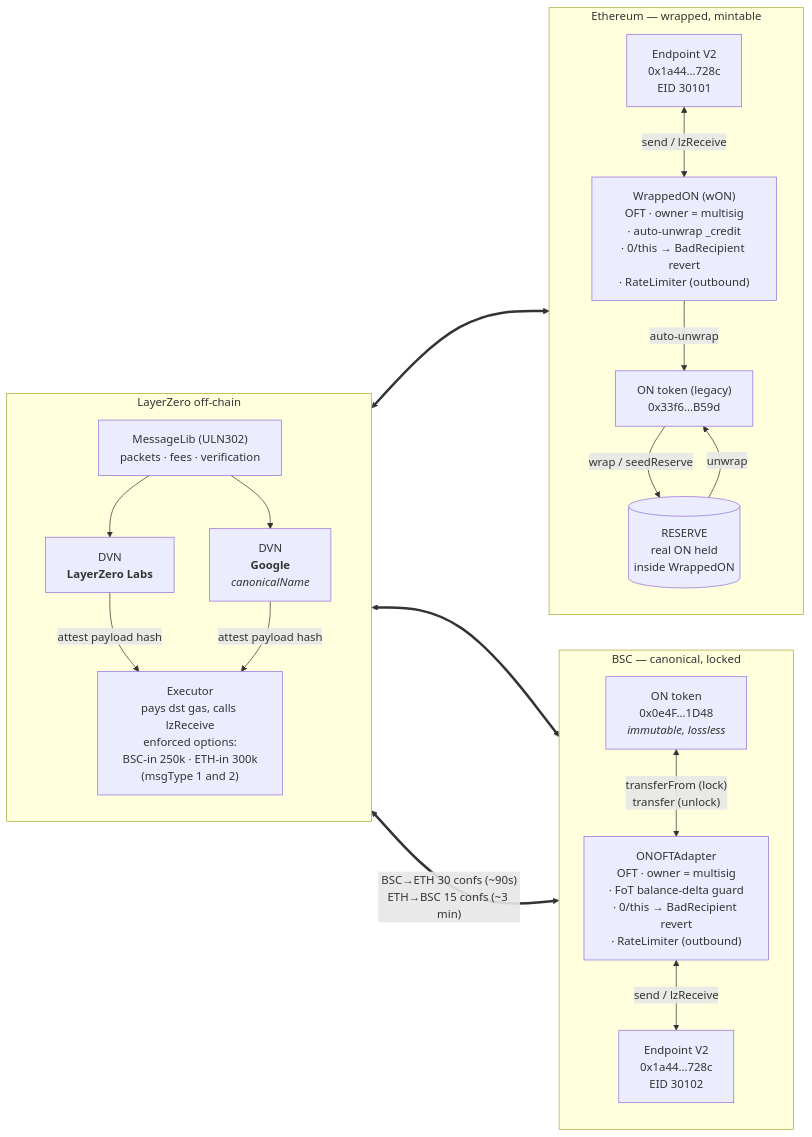
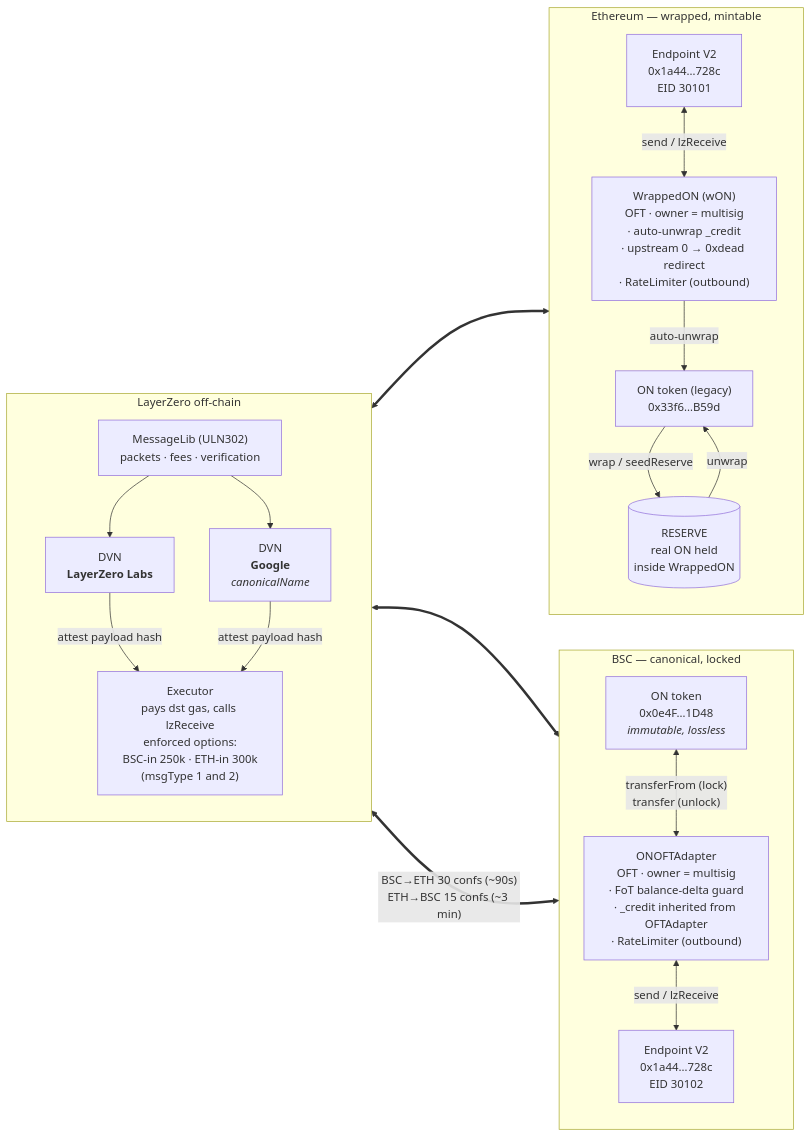
Before and after one commit to orochi-network/bridge: the first of 3 diagrams in docs/ARCHITECTURE.md, drawn with Mermaid. The commit also changed other lines of this file and 6 other files, not shown here.

First line of the commit message:
fix(_credit): match upstream LayerZero behaviour exactly

````diff
--- a/docs/ARCHITECTURE.md
+++ b/docs/ARCHITECTURE.md
@@ -12,39 +12,39 @@
 ```mermaid
 flowchart LR
     subgraph BSC["BSC — canonical, locked"]
         direction TB
         ONBSC["ON token<br/>0x0e4F…1D48<br/><i>immutable, lossless</i>"]
-        ADAPTER["ONOFTAdapter<br/>OFT · owner = multisig<br/>· FoT balance-delta guard<br/>· 0/this → BadRecipient revert<br/>· RateLimiter (outbound)"]
+        ADAPTER["ONOFTAdapter<br/>OFT · owner = multisig<br/>· FoT balance-delta guard<br/>· _credit inherited from OFTAdapter<br/>· RateLimiter (outbound)"]
         EPBSC["Endpoint V2<br/>0x1a44…728c<br/>EID 30102"]
         ONBSC <-->|"transferFrom (lock)<br/>transfer (unlock)"| ADAPTER
         ADAPTER <-->|"send / lzReceive"| EPBSC
     end
 
     subgraph LZ["LayerZero off-chain"]
         direction TB
         MSGLIB["MessageLib (ULN302)<br/>packets · fees · verification"]
         DVN1["DVN<br/><b>LayerZero Labs</b>"]
         DVN2["DVN<br/><b>Google</b><br/><i>canonicalName</i>"]
         EXEC["Executor<br/>pays dst gas, calls lzReceive<br/>enforced options:<br/>BSC-in 250k · ETH-in 300k<br/>(msgType 1 and 2)"]
         MSGLIB --> DVN1
         MSGLIB --> DVN2
         DVN1 -->|attest payload hash| EXEC
         DVN2 -->|attest payload hash| EXEC
     end
 
     subgraph ETH["Ethereum — wrapped, mintable"]
         direction TB
         EPETH["Endpoint V2<br/>0x1a44…728c<br/>EID 30101"]
-        WON["WrappedON (wON)<br/>OFT · owner = multisig<br/>· auto-unwrap _credit<br/>· 0/this → BadRecipient revert<br/>· RateLimiter (outbound)"]
+        WON["WrappedON (wON)<br/>OFT · owner = multisig<br/>· auto-unwrap _credit<br/>· upstream 0 → 0xdead redirect<br/>· RateLimiter (outbound)"]
         ONETH["ON token (legacy)<br/>0x33f6…B59d"]
         RESERVE[("RESERVE<br/>real ON held<br/>inside WrappedON")]
         EPETH <-->|"send / lzReceive"| WON
         WON -->|"auto-unwrap"| ONETH
         ONETH -->|"wrap / seedReserve"| RESERVE
         RESERVE -->|"unwrap"| ONETH
     end
 
     EPBSC <==>|"BSC→ETH 30 confs (~90s)<br/>ETH→BSC 15 confs (~3 min)"| MSGLIB
     EXEC <==> EPETH
     EXEC <==> EPBSC
 ```
````
